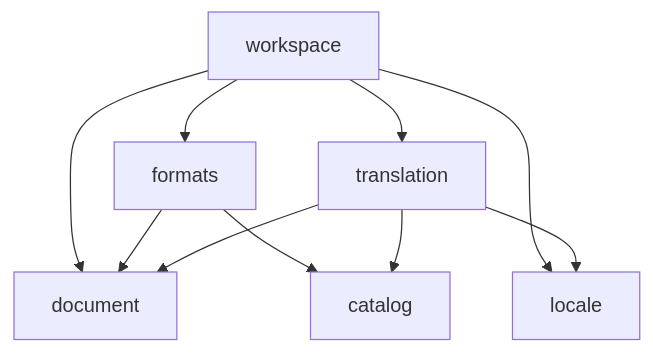
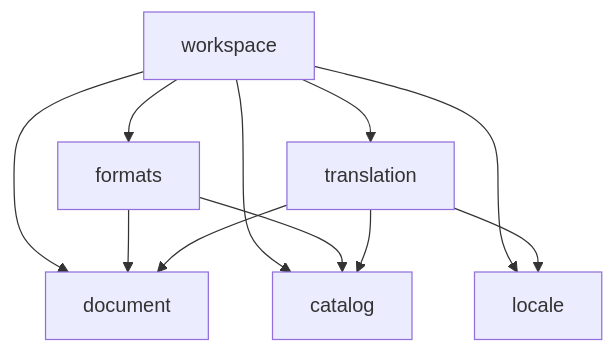
Before and after one commit to mooeypoo/paperl10n: the diagram in docs/architecture.md, drawn with Mermaid. The commit also changed other lines of this file and 46 other files, not shown here.

````diff
--- a/docs/architecture.md
+++ b/docs/architecture.md
@@ -42,12 +42,13 @@
 ```mermaid
 graph TD
   workspace --> formats
   workspace --> locale
   workspace --> document
   workspace --> translation
+  workspace --> catalog
   formats --> document
   formats --> catalog
   translation --> document
   translation --> catalog
   translation --> locale
 ```
````
